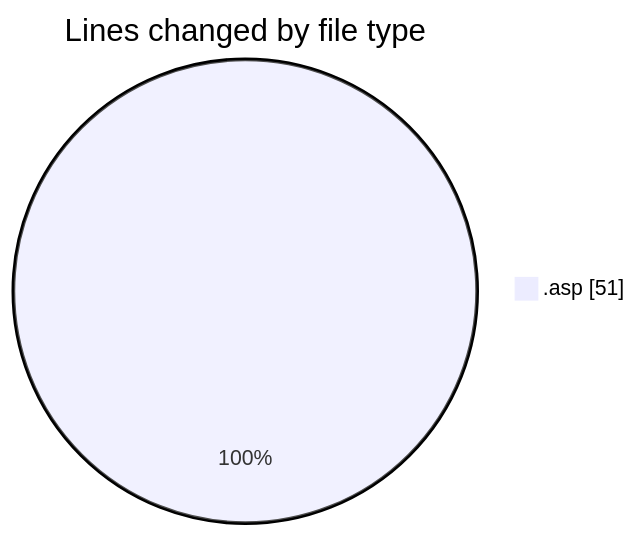
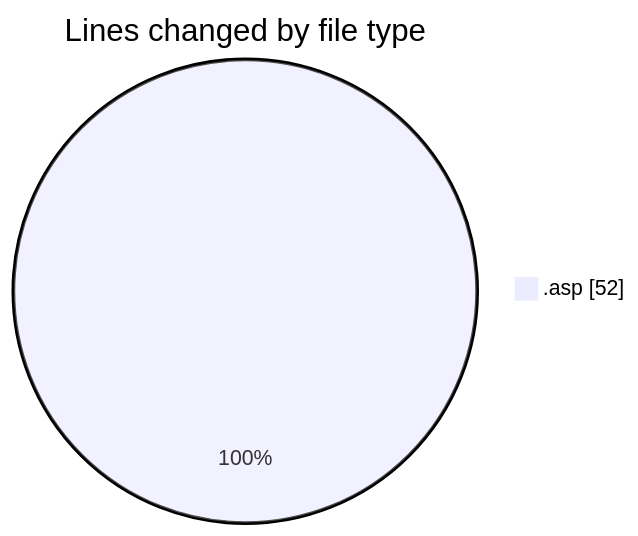
Before and after one commit to julien-gomy/code-tracking: the first of 2 diagrams in 2025-11-01/cdp_aleoudev_fr__workspace_/README.md, drawn with Mermaid. The commit also changed other lines of this file and 1 other file, not shown here.

````diff
--- a/2025-11-01/cdp_aleoudev_fr__workspace_/README.md
+++ b/2025-11-01/cdp_aleoudev_fr__workspace_/README.md
@@ -23,5 +23,5 @@
 ```mermaid
 pie showData
 title Lines changed by file type
-".asp" : 51
+".asp" : 52
 ```
````
